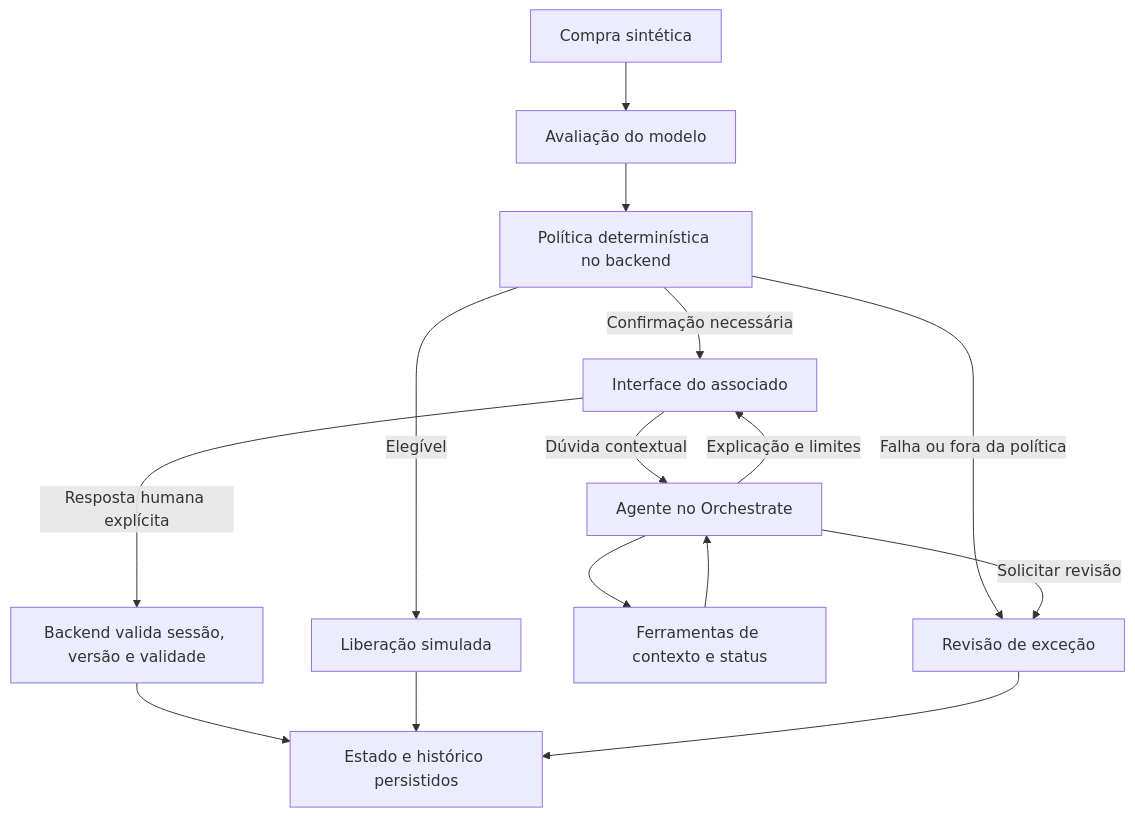
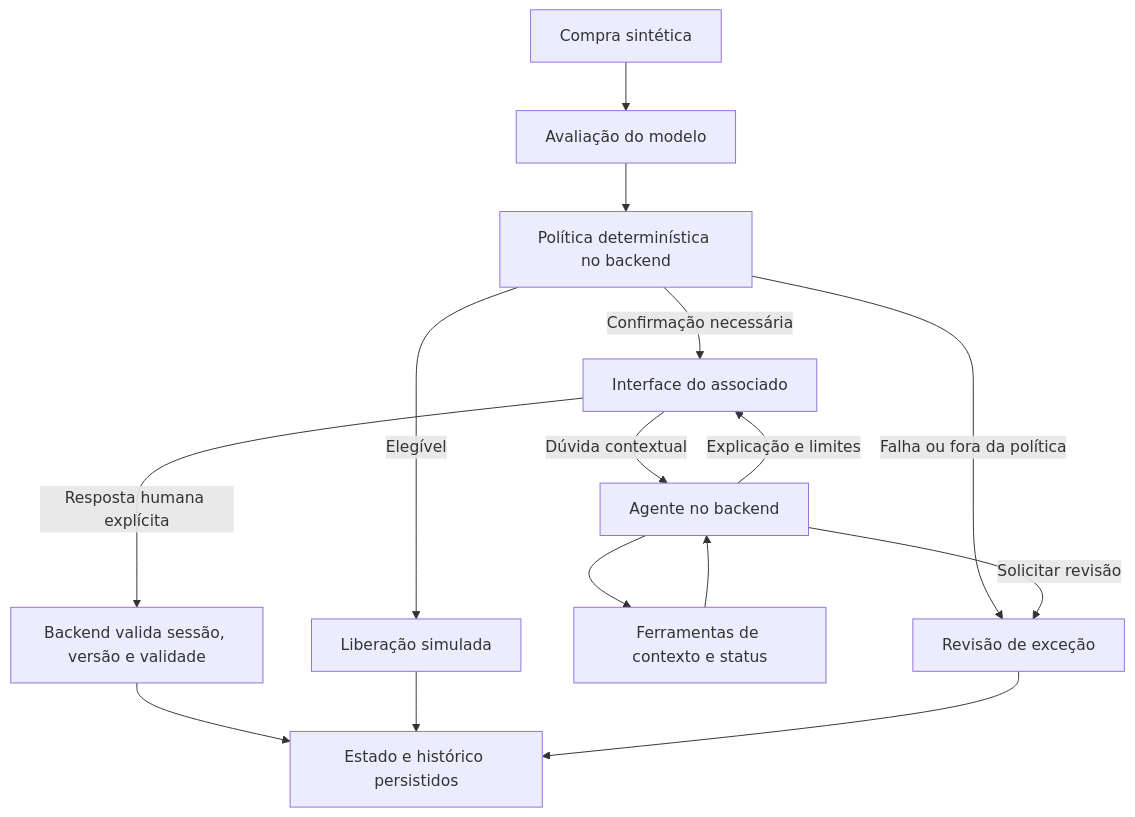
One commit to PedroHaouliFaria/Inteli-Raiz changed the diagram in docs/direcional_entregas.md. Above: the diagram before and after it, drawn with Mermaid. The commit also changed other lines of this file and 1 other file, not shown here.

Commit message:
docs(plano): tira o Orchestrate e registra as decisões técnicas de 27/10
O orientador revogou a obrigatoriedade do IBM Cloud; só o Bob continua
obrigatório. Modelo e agente passam para o backend (FastAPI + SQLite,
Pydantic AI); o front escolhe a própria stack e consome só a API JSON.

````diff
--- a/docs/direcional_entregas.md
+++ b/docs/direcional_entregas.md
@@ -257,17 +257,17 @@
 ```mermaid
 flowchart TD
     C[Compra sintética] --> M[Avaliação do modelo]
     M --> P[Política determinística no backend]
     P -->|Elegível| L[Liberação simulada]
     P -->|Confirmação necessária| I[Interface do associado]
     P -->|Falha ou fora da política| R[Revisão de exceção]
-    I -->|Dúvida contextual| A[Agente no Orchestrate]
+    I -->|Dúvida contextual| A[Agente no backend]
     A --> Q[Ferramentas de contexto e status]
     Q --> A
     A -->|Explicação e limites| I
     A -->|Solicitar revisão| R
     I -->|Resposta humana explícita| B[Backend valida sessão, versão e validade]
     B --> H[Estado e histórico persistidos]
     L --> H
     R --> H
 ```
````
